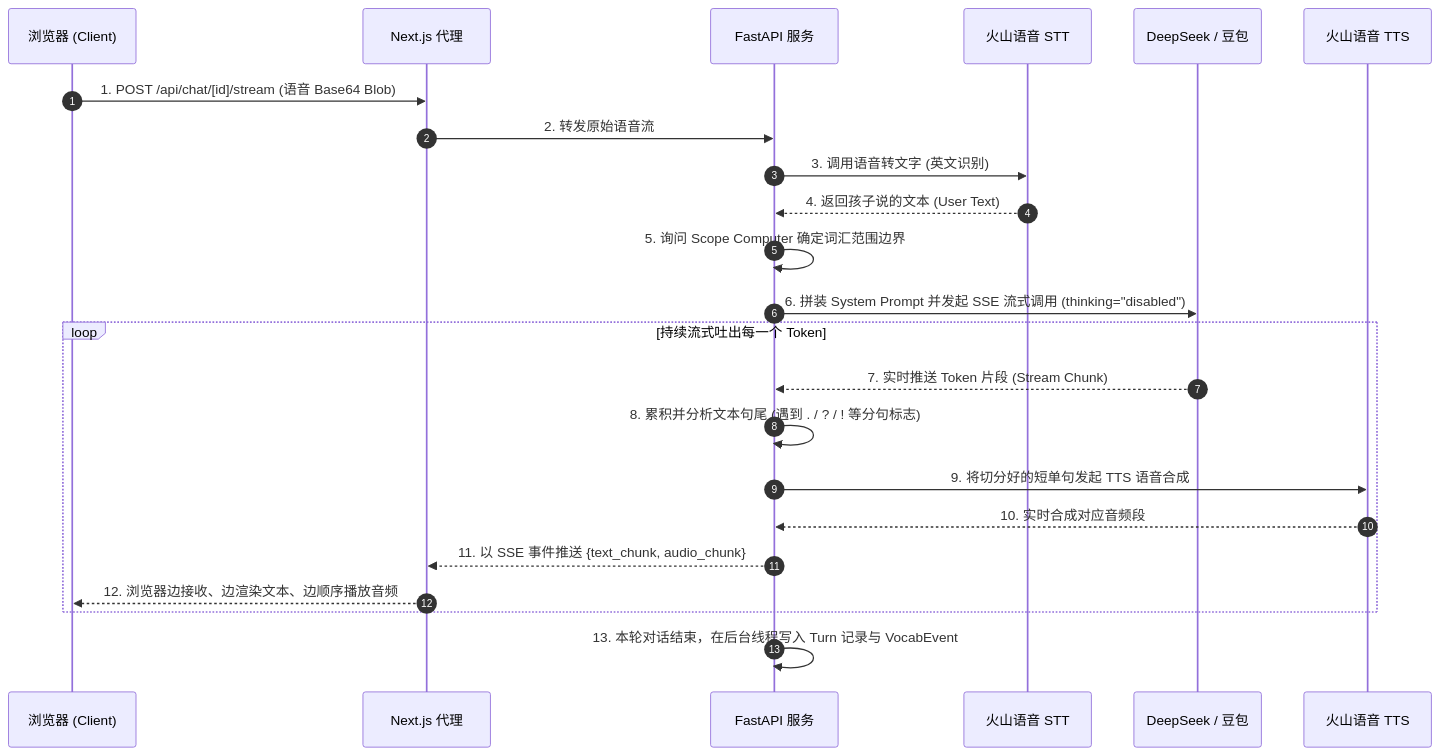
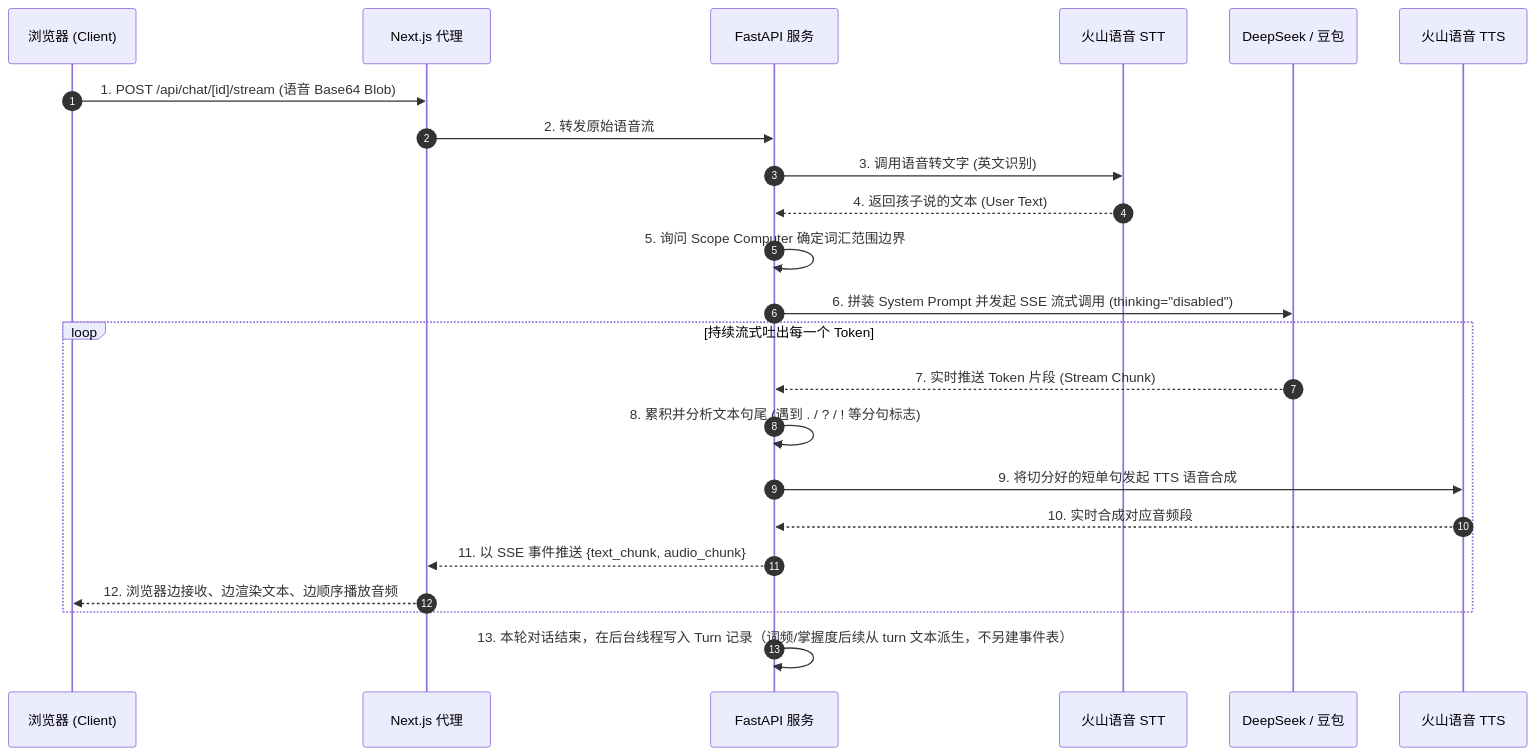
Before and after one commit to peixin/talking-text: the diagram in docs/architecture.md, drawn with Mermaid. The commit also changed 2 other files, not shown here.

Commit message:
docs: fix stale vocab_event/conversation.py refs and sync CLAUDE.cn progress

````diff
--- a/docs/architecture.md
+++ b/docs/architecture.md
@@ -169,28 +169,28 @@
 ```mermaid
 sequenceDiagram
     autonumber
     participant Client as 浏览器 (Client)
     participant NextProxy as Next.js 代理
     participant Server as FastAPI 服务
     participant STT as 火山语音 STT
     participant LLM as DeepSeek / 豆包
     participant TTS as 火山语音 TTS
 
     Client->>NextProxy: 1. POST /api/chat/[id]/stream (语音 Base64 Blob)
     NextProxy->>Server: 2. 转发原始语音流
     Server->>STT: 3. 调用语音转文字 (英文识别)
     STT-->>Server: 4. 返回孩子说的文本 (User Text)
     Server->>Server: 5. 询问 Scope Computer 确定词汇范围边界
     Server->>LLM: 6. 拼装 System Prompt 并发起 SSE 流式调用 (thinking="disabled")
     
     loop 持续流式吐出每一个 Token
         LLM-->>Server: 7. 实时推送 Token 片段 (Stream Chunk)
         Server->>Server: 8. 累积并分析文本句尾 (遇到 . / ? / ! 等分句标志)
         Server->>TTS: 9. 将切分好的短单句发起 TTS 语音合成
         TTS-->>Server: 10. 实时合成对应音频段
         Server-->>NextProxy: 11. 以 SSE 事件推送 {text_chunk, audio_chunk}
         NextProxy-->>Client: 12. 浏览器边接收、边渲染文本、边顺序播放音频
     end
     
-    Server->>Server: 13. 本轮对话结束，在后台线程写入 Turn 记录与 VocabEvent
+    Server->>Server: 13. 本轮对话结束，在后台线程写入 Turn 记录（词频/掌握度后续从 turn 文本派生，不另建事件表）
 ```
````
